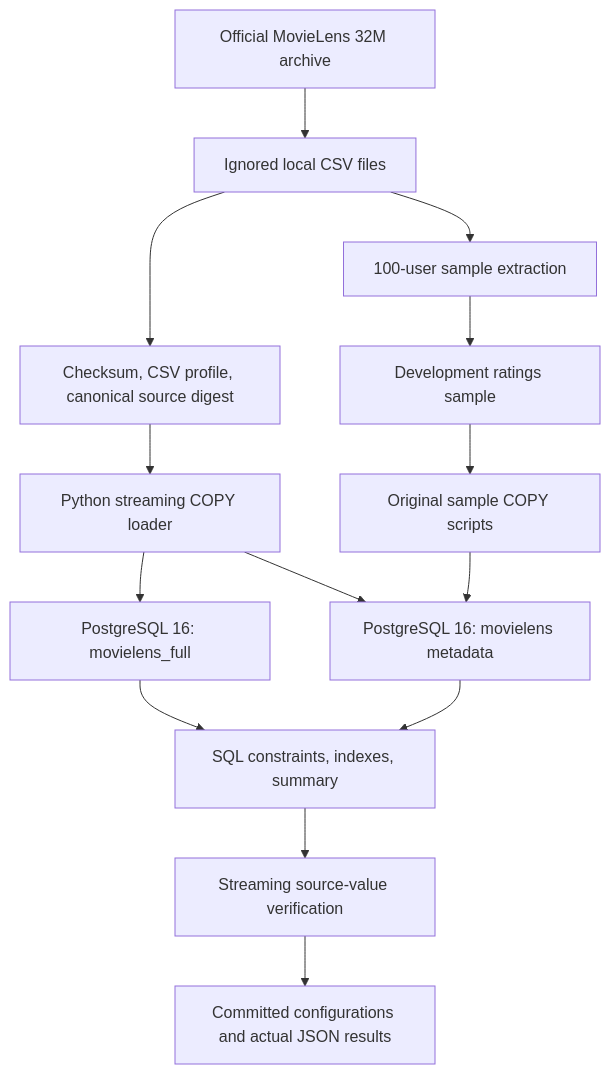
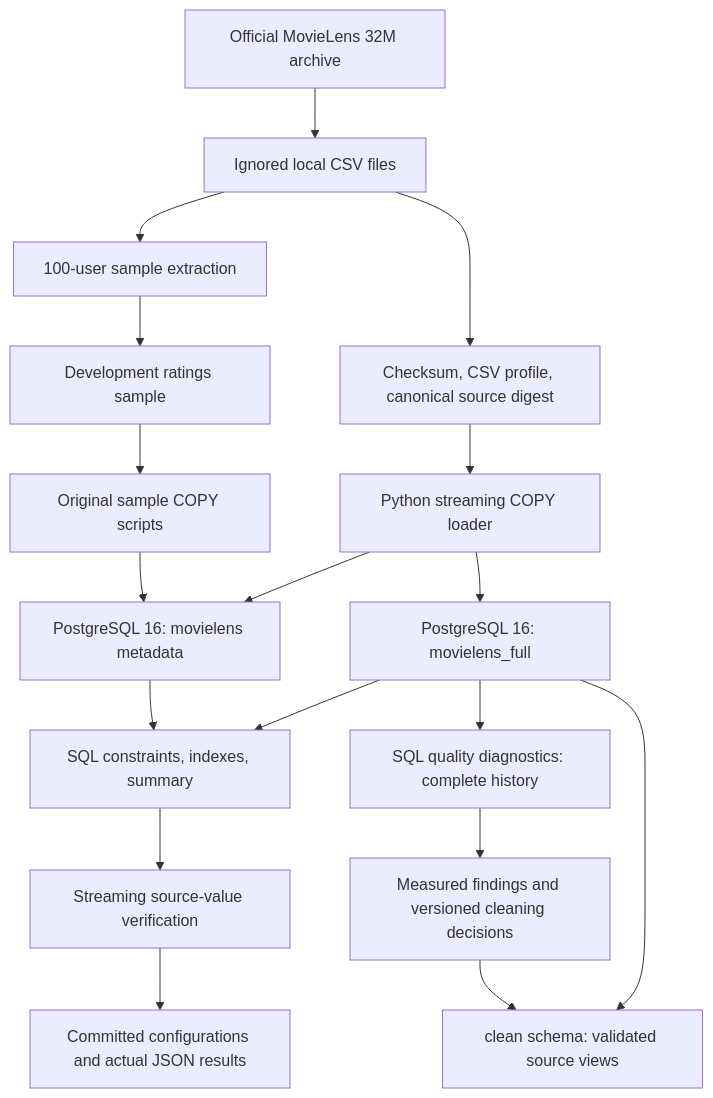
The diagram in docs/architecture.md (axia4133/personalized-recommendation-system), drawn with Mermaid before and after one commit. The commit also changed other lines of this file and 20 other files, not shown here.

Commit message:
feat(sql): add full-data quality audit and validated source views

````diff
--- a/docs/architecture.md
+++ b/docs/architecture.md
@@ -3,16 +3,20 @@
 ```mermaid
 flowchart TD
     A[Official MovieLens 32M archive] --> B[Ignored local CSV files]
     B --> C[Checksum, CSV profile, canonical source digest]
     B --> D[100-user sample extraction]
     D --> E[Development ratings sample]
     C --> F[Python streaming COPY loader]
     E --> G[Original sample COPY scripts]
     F --> H[PostgreSQL 16: movielens_full]
     F --> I[PostgreSQL 16: movielens metadata]
     G --> I
     H --> J[SQL constraints, indexes, summary]
     I --> J
     J --> K[Streaming source-value verification]
     K --> L[Committed configurations and actual JSON results]
+    H --> M[SQL quality diagnostics: complete history]
+    M --> N[Measured findings and versioned cleaning decisions]
+    H --> O[clean schema: validated source views]
+    N --> O
 ```
````
